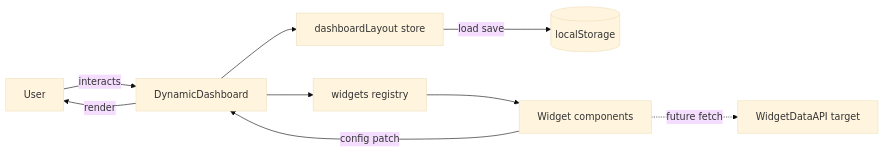
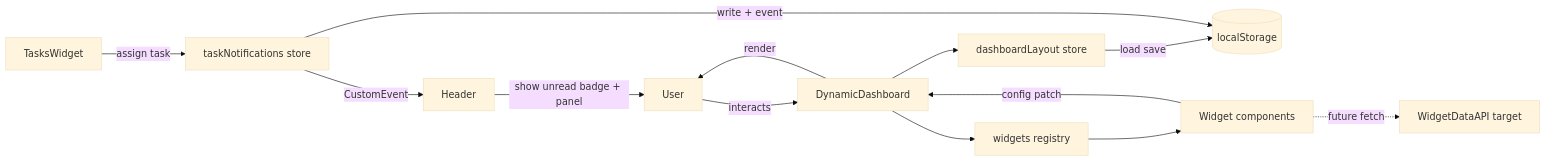
One commit to Vedant-dema/dashboard changed the third of 7 diagrams in docs/Detailed report/DashboardHome-Service-Spec.md. Above: the diagram before and after it, drawn with Mermaid (base theme). The commit also changed other lines of this file and 14 other files, not shown here.

````diff
--- a/docs/Detailed report/DashboardHome-Service-Spec.md
+++ b/docs/Detailed report/DashboardHome-Service-Spec.md
@@ -204,20 +361,28 @@
 ```mermaid
 flowchart LR
   U[User]
   DD[DynamicDashboard]
   DL[dashboardLayout store]
   LS[(localStorage)]
   REG[widgets registry]
   W[Widget components]
+  TW[TasksWidget]
+  TN[taskNotifications store]
+  H[Header]
 
   U -->|interacts| DD
   DD --> REG
   REG --> W
   DD --> DL
   DL -->|load save| LS
   W -->|config patch| DD
   DD -->|render| U
 
+  TW -->|assign task| TN
+  TN -->|write + event| LS
+  TN -->|CustomEvent| H
+  H -->|show unread badge + panel| U
+
   API[WidgetDataAPI target]
   W -.->|future fetch| API
 ```
````
